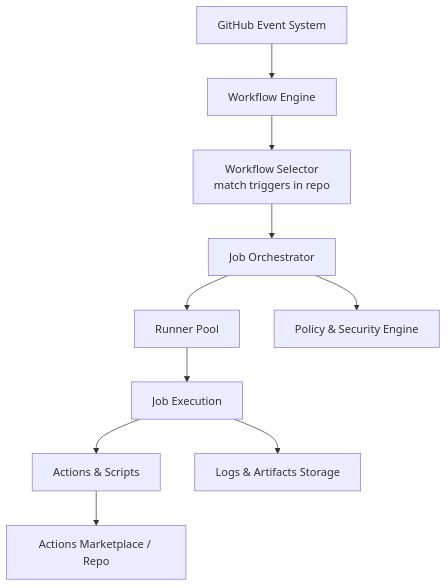
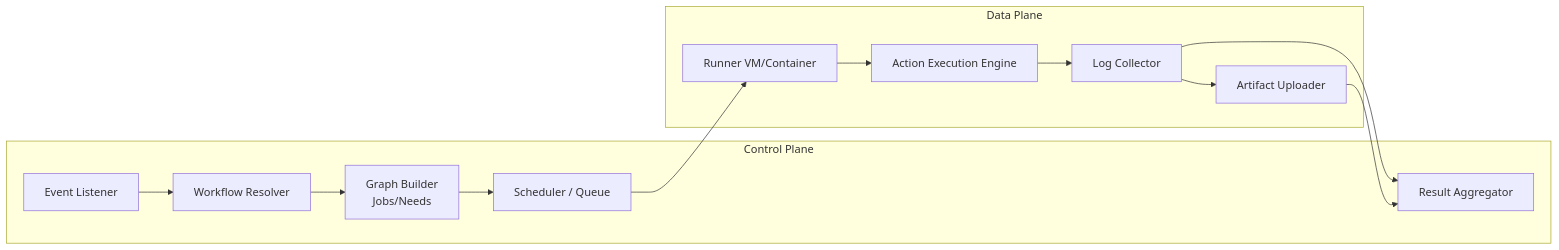
One commit to VishuKalier2003/System-Design-Components changed the seventh of 21 diagrams in Composite/S02-CompositeBuildGraph/case-studies/GitHub-Actions.md. Above: the diagram before and after it, drawn with Mermaid. The commit also changed other lines of this file, not shown here.

````diff
--- a/Composite/S02-CompositeBuildGraph/case-studies/GitHub-Actions.md
+++ b/Composite/S02-CompositeBuildGraph/case-studies/GitHub-Actions.md
@@ -261,12 +230,23 @@
 ```mermaid
-graph TD
-    E[GitHub Event System] --> WE[Workflow Engine]
-    WE --> WFSEL[Workflow Selector<br/>match triggers in repo]
-    WFSEL --> ORCH[Job Orchestrator]
-    ORCH --> RUNPOOL[Runner Pool]
-    ORCH --> POL[Policy & Security Engine]
-    RUNPOOL --> JOB[Job Execution]
-    JOB --> ACT[Actions & Scripts]
-    JOB --> LOGS[Logs & Artifacts Storage]
-    ACT --> MARKET[Actions Marketplace / Repo]
+flowchart LR
+    subgraph Control Plane
+        A1[Event Listener]
+        A2[Workflow Resolver]
+        A3[Graph Builder<br/> Jobs/Needs]
+        A4[Scheduler / Queue]
+        A5[Result Aggregator]
+    end
+
+    subgraph Data Plane
+        B1[Runner VM/Container]
+        B2[Action Execution Engine]
+        B3[Log Collector]
+        B4[Artifact Uploader]
+    end
+
+    A1 --> A2 --> A3 --> A4
+    A4 --> B1
+    B1 --> B2 --> B3 --> B4
+    B3 --> A5
+    B4 --> A5
 ```
````
